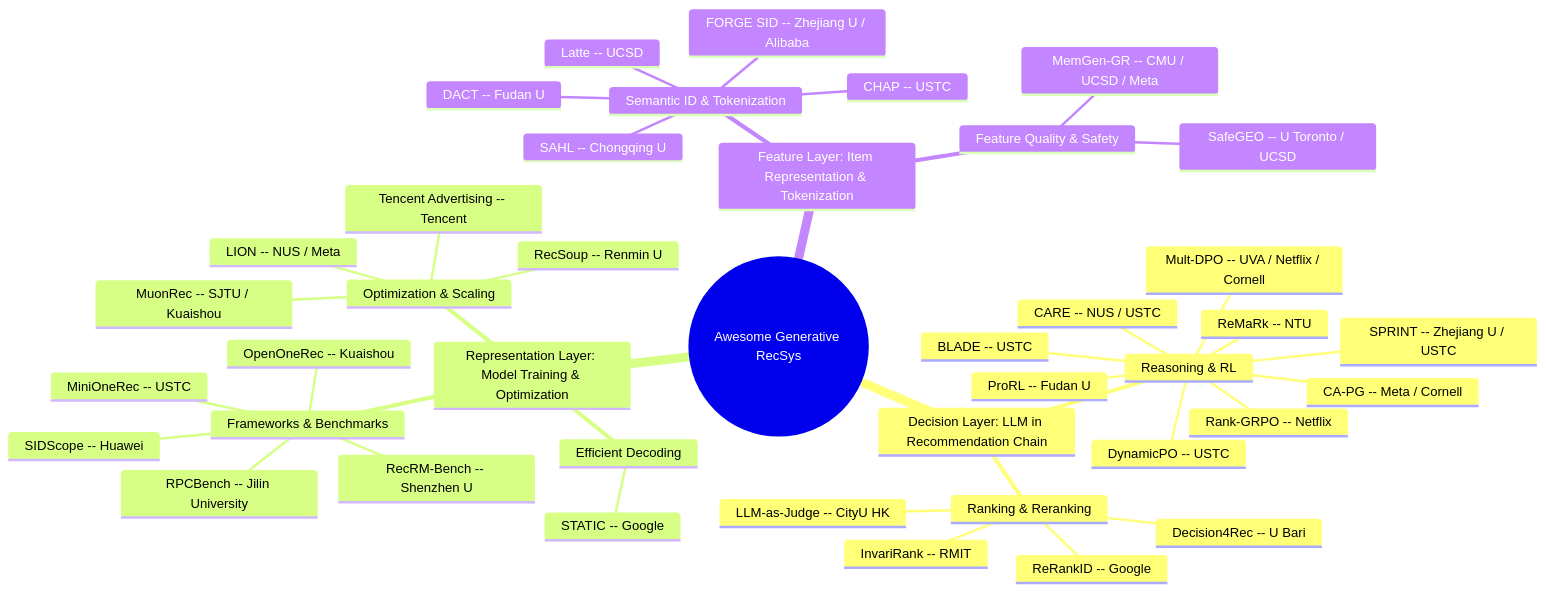
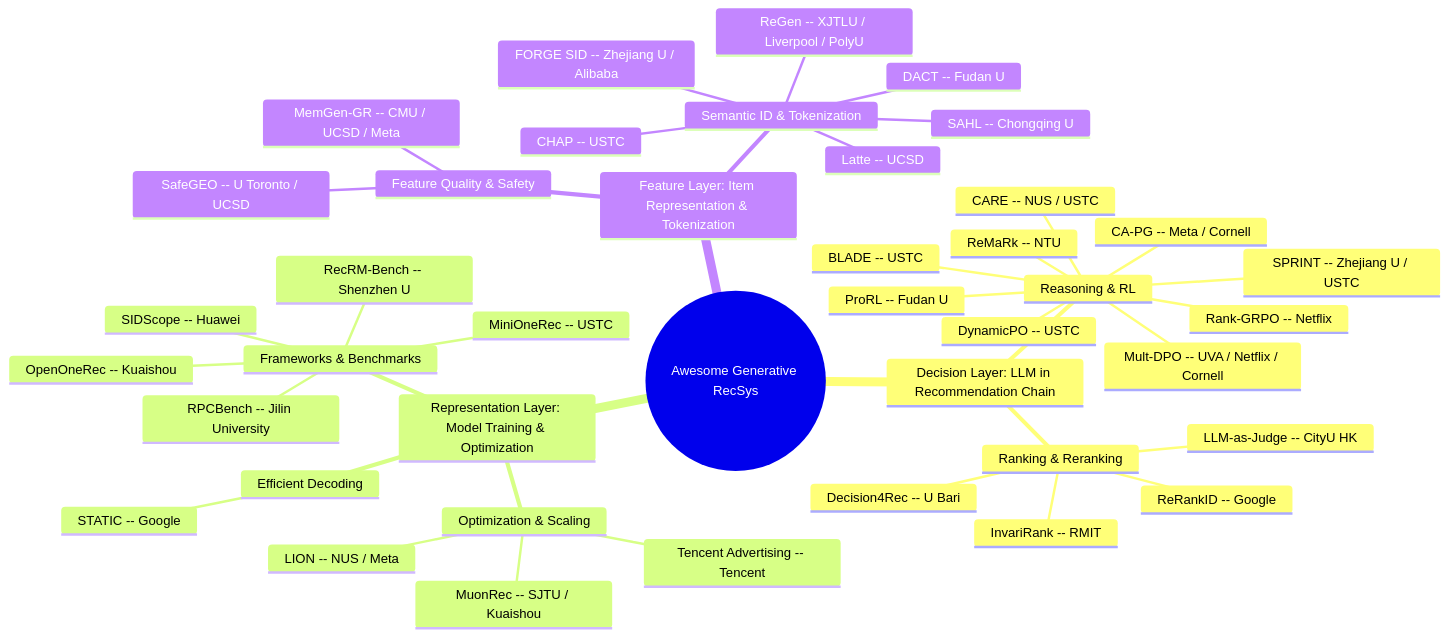
The diagram in README.md (HaFred/awesome-generative-recsys), drawn with Mermaid before and after one commit. The commit also changed other lines of this file and 3 other files, not shown here.

Commit message:
feat: Oct 22 genrec hunt — CAPE (long-tail forgetting), FineSID, ReGen (opensource), RecSys Factory, ATLAS; rebuild By Opensource index + archive Oct 11

````diff
--- a/README.md
+++ b/README.md
@@ -30,44 +30,44 @@
 ```mermaid
 mindmap
   root((Awesome Generative RecSys))
     Decision Layer: LLM in Recommendation Chain
       Reasoning & RL
         Rank-GRPO -- Netflix
         DynamicPO -- USTC
         BLADE -- USTC
         SPRINT -- Zhejiang U / USTC
         CARE -- NUS / USTC
         Mult-DPO -- UVA / Netflix / Cornell
         CA-PG -- Meta / Cornell
         ProRL -- Fudan U
         ReMaRk -- NTU
       Ranking & Reranking
         InvariRank -- RMIT
         LLM-as-Judge -- CityU HK
         ReRankID -- Google
         Decision4Rec -- U Bari
     Representation Layer: Model Training & Optimization
       Frameworks & Benchmarks
         MiniOneRec -- USTC
         OpenOneRec -- Kuaishou
         RecRM-Bench -- Shenzhen U
         SIDScope -- Huawei
         RPCBench -- Jilin University
       Efficient Decoding
         STATIC -- Google
       Optimization & Scaling
         MuonRec -- SJTU / Kuaishou
         Tencent Advertising -- Tencent
         LION -- NUS / Meta
-        RecSoup -- Renmin U
     Feature Layer: Item Representation & Tokenization
       Semantic ID & Tokenization
         Latte -- UCSD
         FORGE SID -- Zhejiang U / Alibaba
         DACT -- Fudan U
         CHAP -- USTC
         SAHL -- Chongqing U
+        ReGen -- XJTLU / Liverpool / PolyU
       Feature Quality & Safety
         SafeGEO -- U Toronto / UCSD
         MemGen-GR -- CMU / UCSD / Meta
 ```
````
